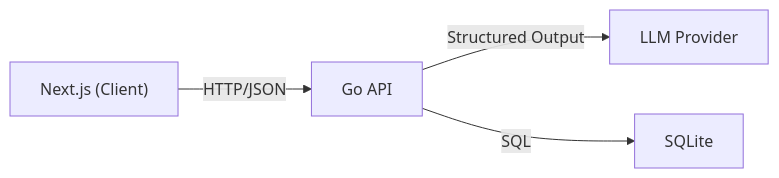
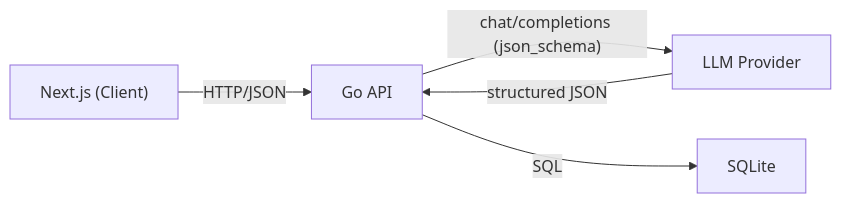
Before and after one commit to di5rupt0r/triador-aiia: the diagram in README.md, drawn with Mermaid. The commit also changed other lines of this file and 11 other files, not shown here.

````diff
--- a/README.md
+++ b/README.md
@@ -13,6 +13,7 @@
 ```mermaid
 graph LR
     A["Next.js (Client)"] -->|HTTP/JSON| B["Go API"]
-    B -->|Structured Output| C["LLM Provider"]
+    B -->|"chat/completions (json_schema)"| C["LLM Provider"]
+    C -->|structured JSON| B
     B -->|SQL| D["SQLite"]
 ```
````
